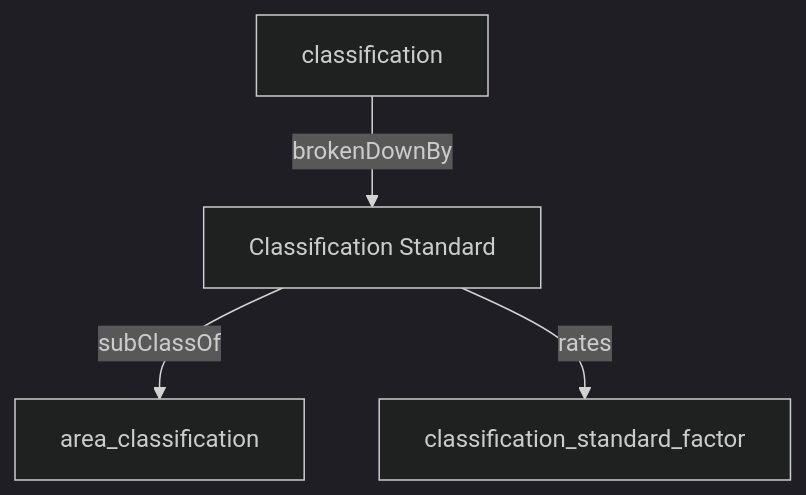
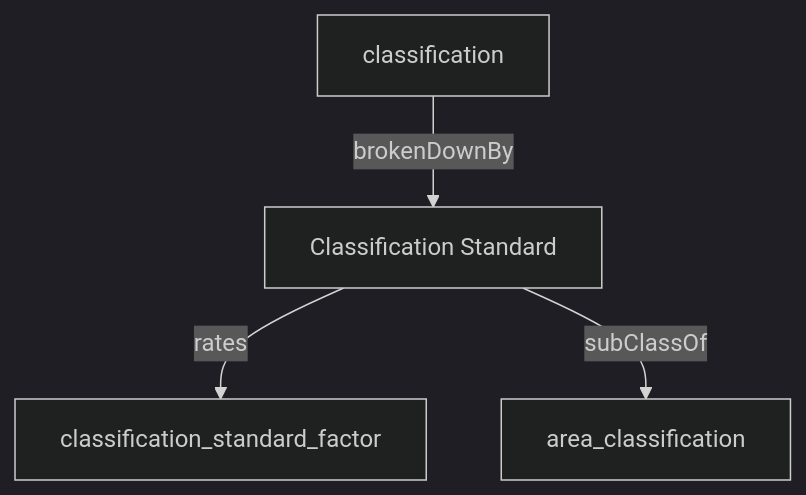
The diagram in content/hr_data_model/classification_standard.md (heidingaway/heidi2), drawn with Mermaid (dark theme) before and after one commit. The commit also changed other lines of this file and 350 other files, not shown here.

````diff
--- a/content/hr_data_model/classification_standard.md
+++ b/content/hr_data_model/classification_standard.md
@@ -21,10 +22,10 @@
 ```mermaid
 graph TD
   Classification_Standard["Classification Standard"]:::current-page-node
   area_classification["area_classification"]
   classification_standard_factor["classification_standard_factor"]
   classification["classification"]
-  Classification_Standard-->|" subClassOf "|area_classification
   Classification_Standard-->|" rates "|classification_standard_factor
   classification-->|" brokenDownBy "|Classification_Standard
+  Classification_Standard-->|" subClassOf "|area_classification
 ```
````
